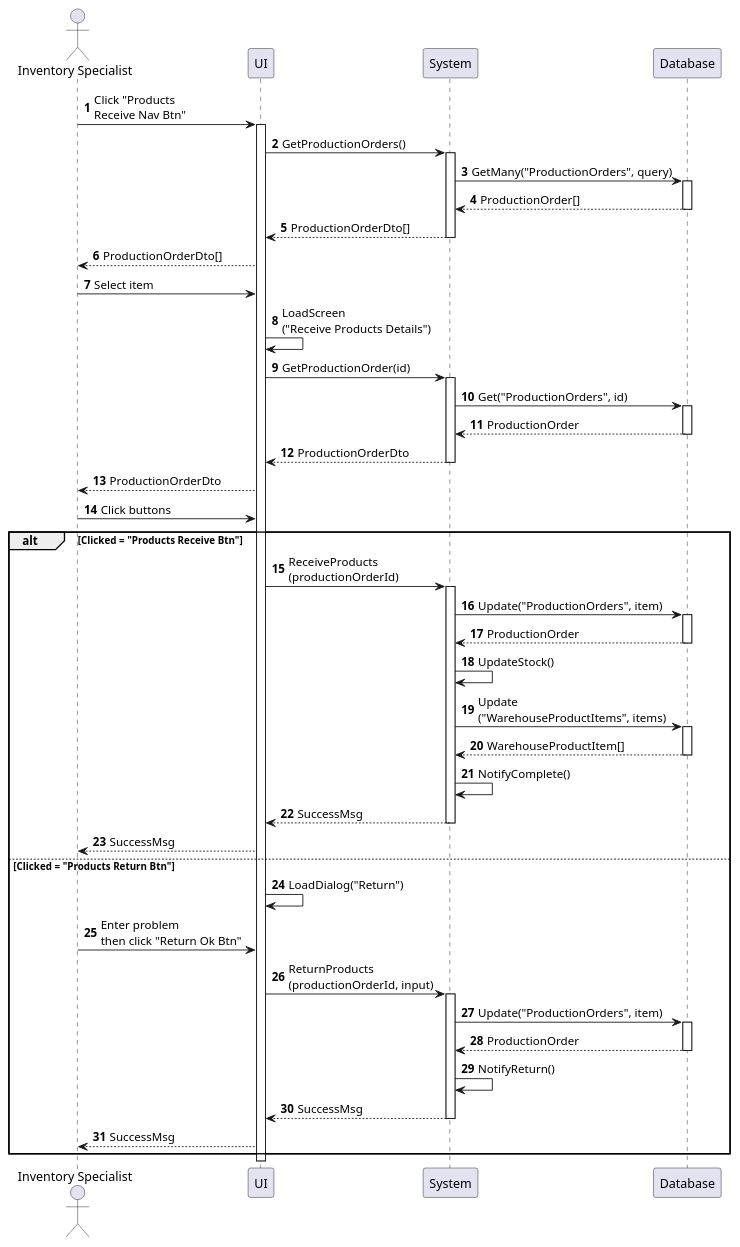
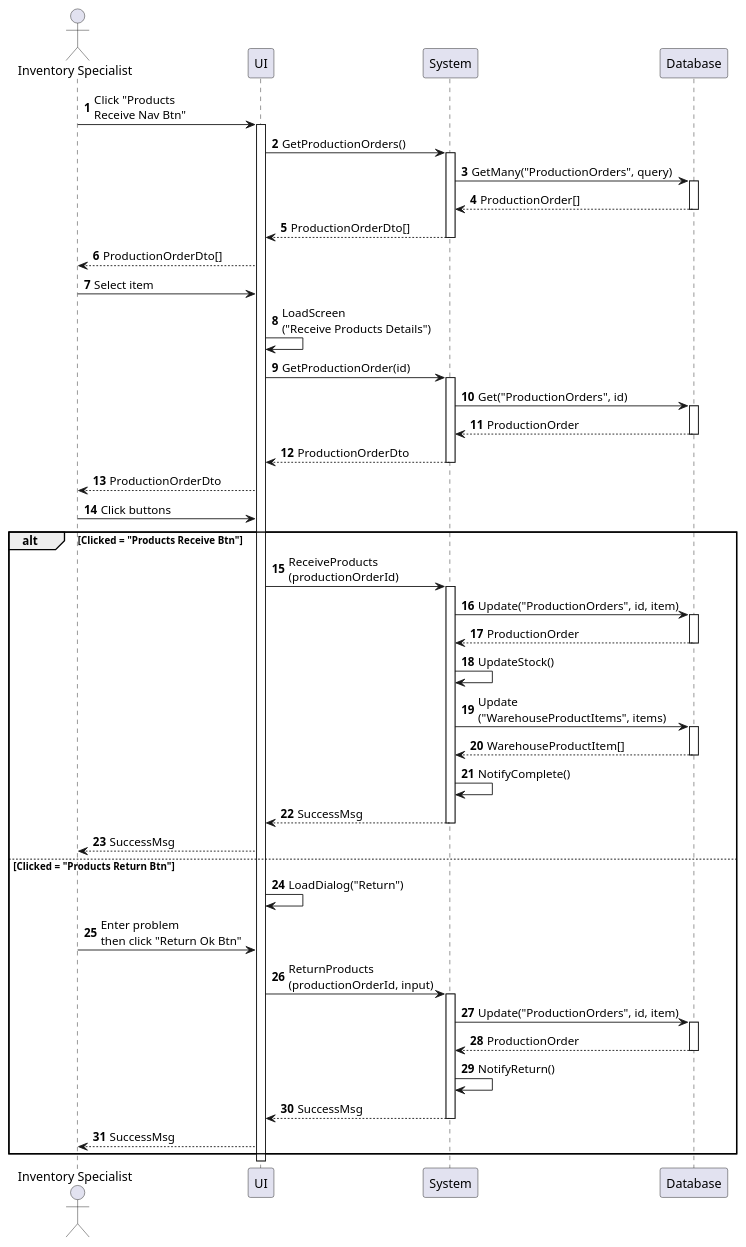
The diagram in sequences/inventory-product-receive.plantuml (phihungha/scmss-reqs), drawn with PlantUML before and after one commit. The commit also changed 41 other files, not shown here.

```diff
--- a/sequences/inventory-product-receive.plantuml
+++ b/sequences/inventory-product-receive.plantuml
@@ -1,54 +1,54 @@
 @startuml inventory-product-receive
 autonumber
 
 actor "Inventory Specialist" as a
 participant UI as f
 participant System as b
 participant Database as d
 
 a -> f : Click "Products\nReceive Nav Btn"
 activate f
 f -> b : GetProductionOrders()
 activate b
 b -> d : GetMany("ProductionOrders", query)
 activate d
 return ProductionOrder[]
 return ProductionOrderDto[]
 f --> a : ProductionOrderDto[]
 a -> f : Select item
 f -> f : LoadScreen\n("Receive Products Details")
 f -> b : GetProductionOrder(id)
 activate b
 b -> d : Get("ProductionOrders", id)
 activate d
 return ProductionOrder
 return ProductionOrderDto
 f --> a : ProductionOrderDto
 a -> f : Click buttons
 
 alt Clicked = "Products Receive Btn"
     f -> b : ReceiveProducts\n(productionOrderId)
     activate b
-    b -> d : Update("ProductionOrders", item)
+    b -> d : Update("ProductionOrders", id, item)
     activate d
     return ProductionOrder
     b -> b : UpdateStock()
     b -> d : Update\n("WarehouseProductItems", items)
     activate d
     return WarehouseProductItem[]
     b -> b : NotifyComplete()
     return SuccessMsg
     f --> a : SuccessMsg
 else Clicked = "Products Return Btn"
     f -> f : LoadDialog("Return")
     a -> f : Enter problem\nthen click "Return Ok Btn"
     f -> b : ReturnProducts\n(productionOrderId, input)
     activate b
-    b -> d : Update("ProductionOrders", item)
+    b -> d : Update("ProductionOrders", id, item)
     activate d
     return ProductionOrder
     b -> b : NotifyReturn()
     return SuccessMsg
     f --> a : SuccessMsg
 end
 @enduml
```
